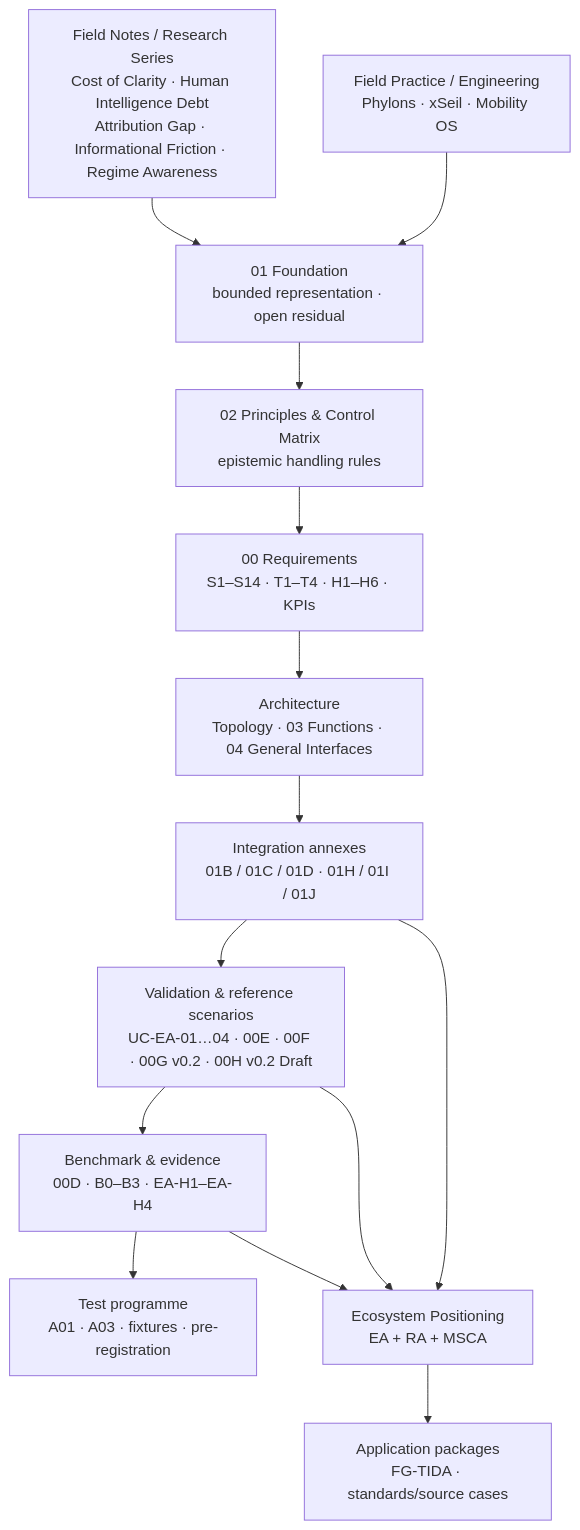
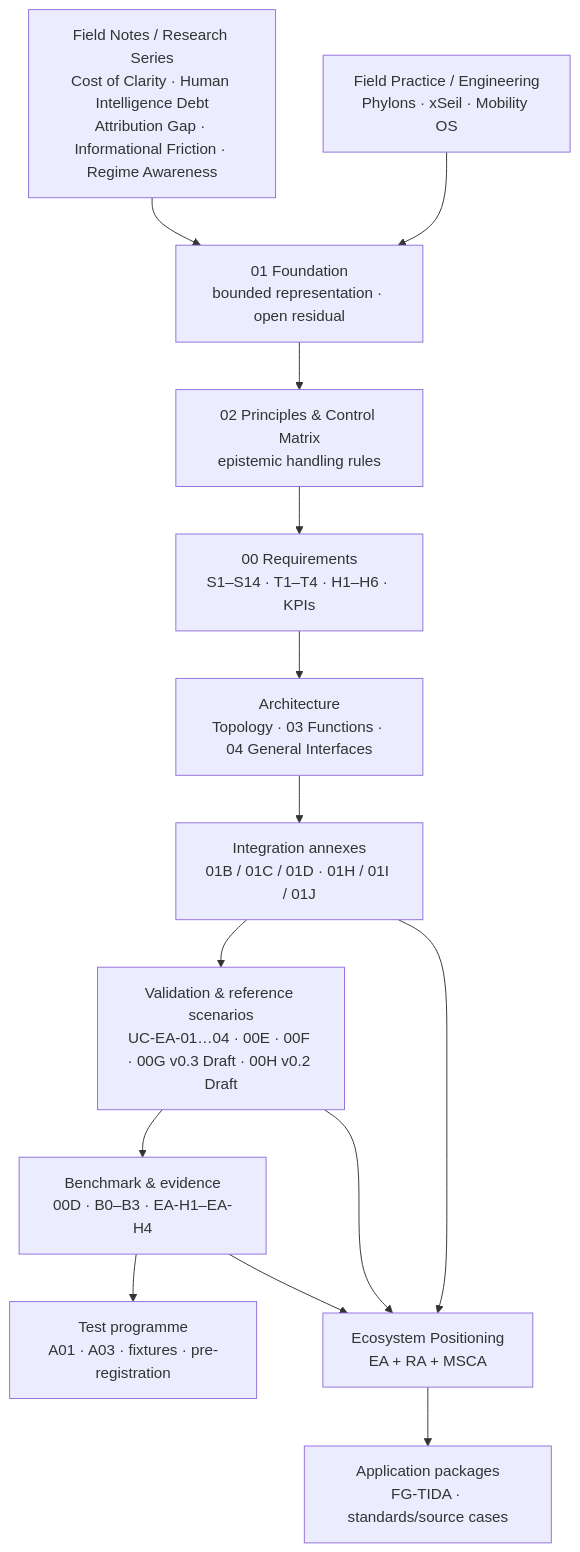
The first of 9 diagrams in research/ecosystem-awareness/VISUAL_GUIDE.md (dakleyer/structural-awareness-contributions), drawn with Mermaid before and after one commit. The commit also changed other lines of this file, not shown here.

Commit message:
docs: show latest 00G v0.3 draft

````diff
--- a/research/ecosystem-awareness/VISUAL_GUIDE.md
+++ b/research/ecosystem-awareness/VISUAL_GUIDE.md
@@ -9,23 +9,23 @@
 ```mermaid
 flowchart TB
     FN["Field Notes / Research Series<br/>Cost of Clarity · Human Intelligence Debt<br/>Attribution Gap · Informational Friction · Regime Awareness"]
     ENG["Field Practice / Engineering<br/>Phylons · xSeil · Mobility OS"]
     F["01 Foundation<br/>bounded representation · open residual"]
     P["02 Principles & Control Matrix<br/>epistemic handling rules"]
     R["00 Requirements<br/>S1–S14 · T1–T4 · H1–H6 · KPIs"]
     A["Architecture<br/>Topology · 03 Functions · 04 General Interfaces"]
     I["Integration annexes<br/>01B / 01C / 01D · 01H / 01I / 01J"]
-    V["Validation & reference scenarios<br/>UC-EA-01…04 · 00E · 00F · 00G v0.2 · 00H v0.2 Draft"]
+    V["Validation & reference scenarios<br/>UC-EA-01…04 · 00E · 00F · 00G v0.3 Draft · 00H v0.2 Draft"]
     B["Benchmark & evidence<br/>00D · B0–B3 · EA-H1–EA-H4"]
     T["Test programme<br/>A01 · A03 · fixtures · pre-registration"]
     EP["Ecosystem Positioning<br/>EA + RA + MSCA"]
     APP["Application packages<br/>FG-TIDA · standards/source cases"]
 
     FN --> F
     ENG --> F
     F --> P --> R --> A --> I --> V --> B --> T
     I --> EP
     V --> EP
     B --> EP
     EP --> APP
 ```
````
